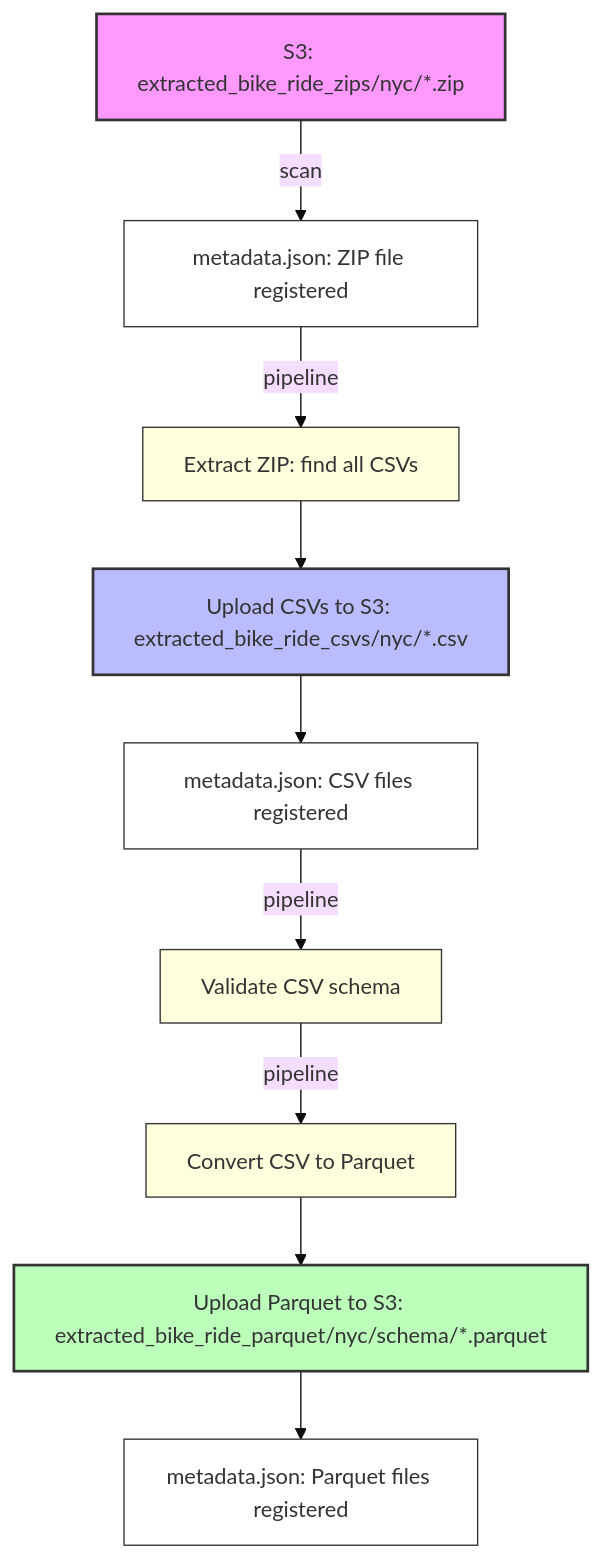
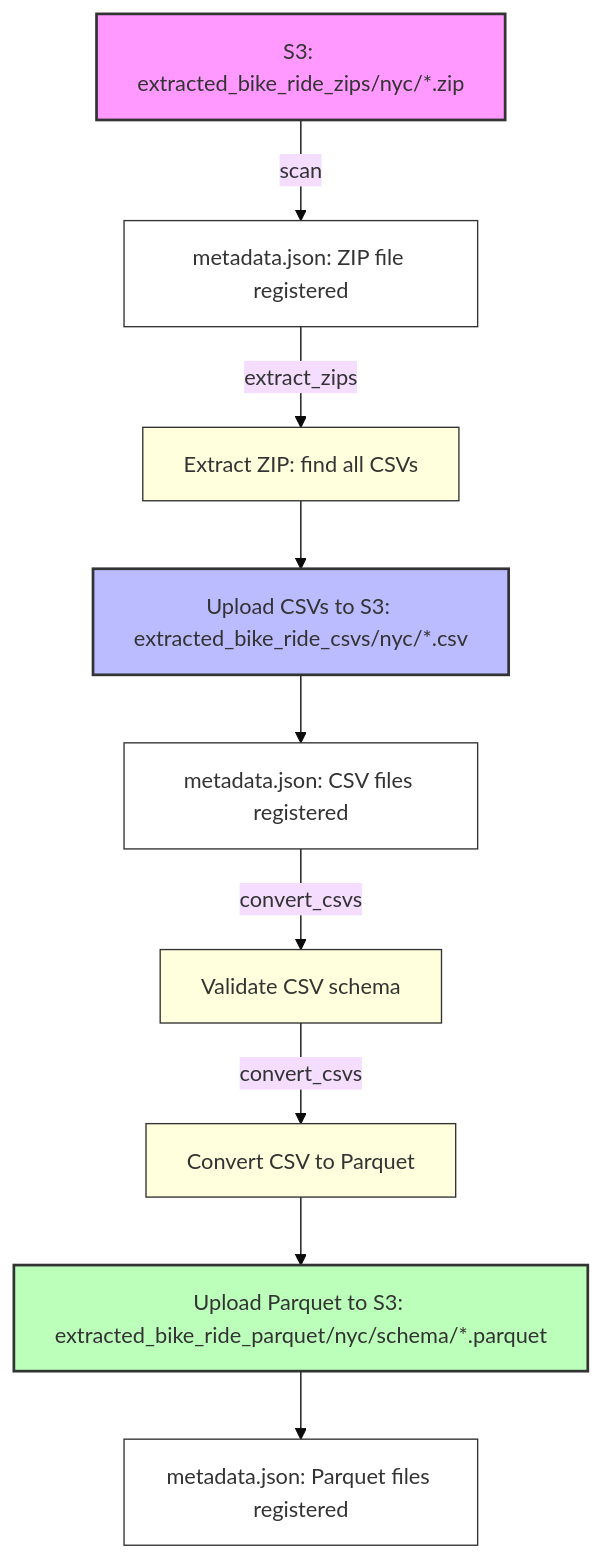
The diagram in extracted_file_manager/README.md (chrisrogers37/city-cycles), drawn with Mermaid (base theme) before and after one commit. The commit also changed other lines of this file and 2 other files, not shown here.

Commit message:
Updates for parquet conv

````diff
--- a/extracted_file_manager/README.md
+++ b/extracted_file_manager/README.md
@@ -5,21 +5,21 @@
 ```mermaid
 flowchart TD
     A[S3: extracted_bike_ride_zips/nyc/*.zip] -->|scan| B[metadata.json: ZIP file registered]
-    B -->|pipeline| C[Extract ZIP: find all CSVs]
+    B -->|extract_zips| C[Extract ZIP: find all CSVs]
     C --> D[Upload CSVs to S3: extracted_bike_ride_csvs/nyc/*.csv]
     D --> E[metadata.json: CSV files registered]
-    E -->|pipeline| F[Validate CSV schema]
-    F -->|pipeline| G[Convert CSV to Parquet]
+    E -->|convert_csvs| F[Validate CSV schema]
+    F -->|convert_csvs| G[Convert CSV to Parquet]
     G --> H[Upload Parquet to S3: extracted_bike_ride_parquet/nyc/schema/*.parquet]
     H --> I[metadata.json: Parquet files registered]
     style A fill:#f9f,stroke:#333,stroke-width:2px
     style D fill:#bbf,stroke:#333,stroke-width:2px
     style H fill:#bfb,stroke:#333,stroke-width:2px
     style B fill:#fff,stroke:#333,stroke-width:1px
     style E fill:#fff,stroke:#333,stroke-width:1px
     style I fill:#fff,stroke:#333,stroke-width:1px
     style C fill:#ffd,stroke:#333,stroke-width:1px
     style F fill:#ffd,stroke:#333,stroke-width:1px
     style G fill:#ffd,stroke:#333,stroke-width:1px
     classDef step fill:#ffd,stroke:#333,stroke-width:1px;
 ```
````
